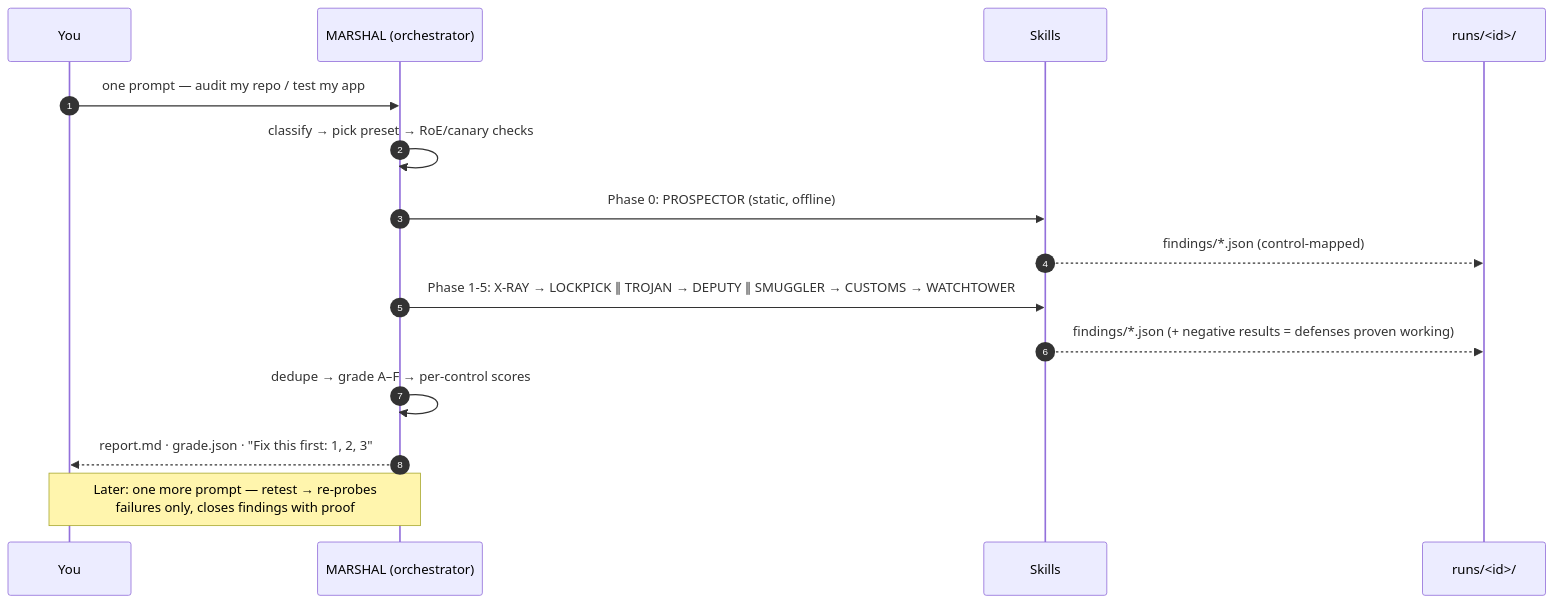
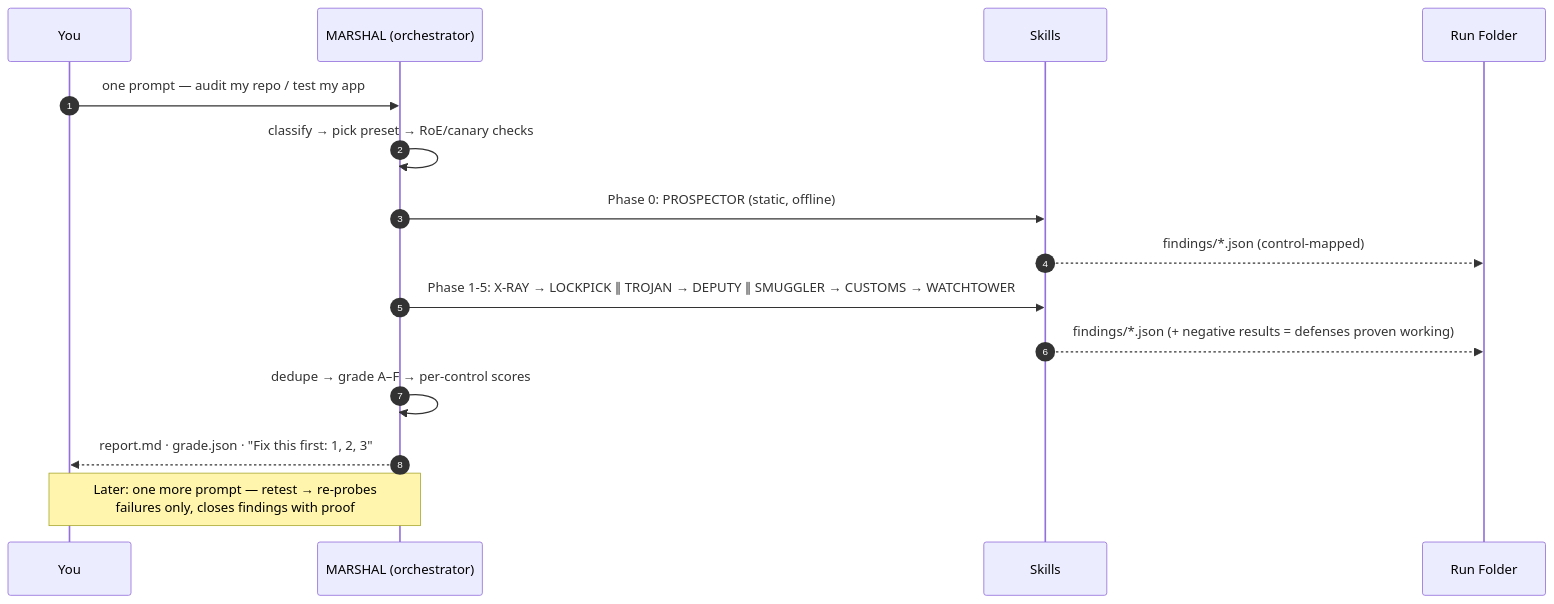
Before and after one commit to chinna250801/sentinel-llm: the third of 4 diagrams in README.md, drawn with Mermaid. The commit also changed other lines of this file, not shown here.

Commit message:
docs: fix mermaid rendering - valid subgraph syntax, remove HTML entities and angle brackets from node labels

````diff
--- a/README.md
+++ b/README.md
@@ -144,18 +144,18 @@
 ```mermaid
 sequenceDiagram
     autonumber
     participant You
     participant M as MARSHAL (orchestrator)
     participant Sk as Skills
-    participant R as runs/<id>/
+    participant R as Run Folder
 
     You->>M: one prompt — audit my repo / test my app
     M->>M: classify → pick preset → RoE/canary checks
     M->>Sk: Phase 0: PROSPECTOR (static, offline)
     Sk-->>R: findings/*.json (control-mapped)
     M->>Sk: Phase 1-5: X-RAY → LOCKPICK ∥ TROJAN → DEPUTY ∥ SMUGGLER → CUSTOMS → WATCHTOWER
     Sk-->>R: findings/*.json (+ negative results = defenses proven working)
     M->>M: dedupe → grade A–F → per-control scores
     M-->>You: report.md · grade.json · "Fix this first: 1, 2, 3"
     Note over You,M: Later: one more prompt — retest → re-probes<br/>failures only, closes findings with proof
 ```
````
